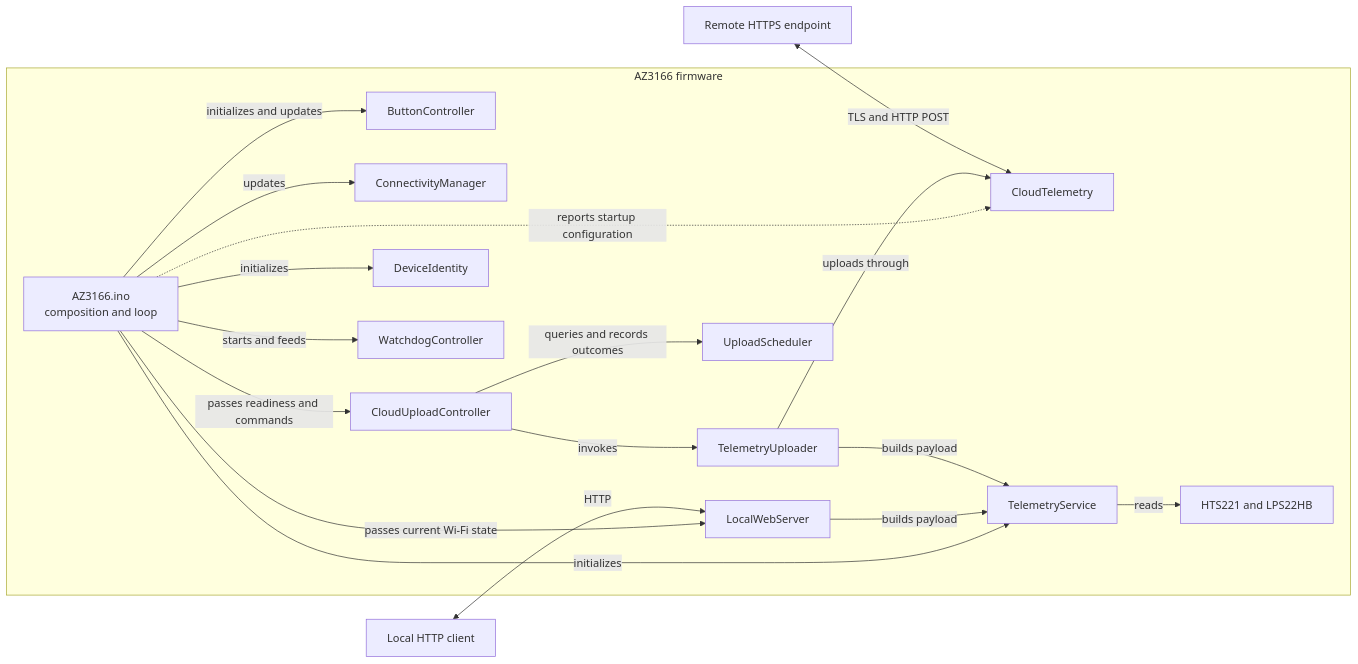
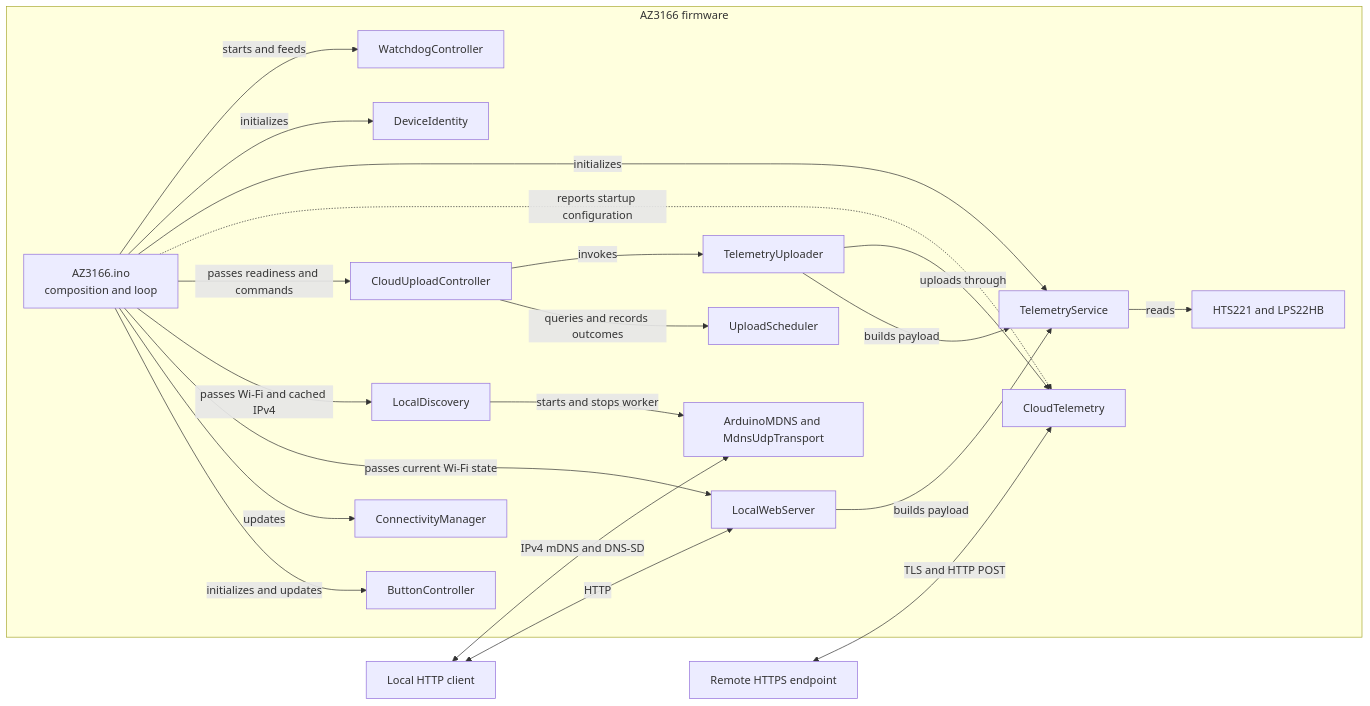
One commit to AaronWangTT/HomeTemperature changed the diagram in docs/firmware-design.md. Above: the diagram before and after it, drawn with Mermaid. The commit also changed other lines of this file and 25 other files, not shown here.

First line of the commit message:
Add local mDNS discovery for AZ3166 (#20)

````diff
--- a/docs/firmware-design.md
+++ b/docs/firmware-design.md
@@ -29,35 +30,40 @@
 ```mermaid
 flowchart LR
     subgraph AZ3166[AZ3166 firmware]
         Main[AZ3166.ino<br/>composition and loop]
         Buttons[ButtonController]
         Connectivity[ConnectivityManager]
         Local[LocalWebServer]
+        Discovery[LocalDiscovery]
+        Mdns[ArduinoMDNS and MdnsUdpTransport]
         Controller[CloudUploadController]
         Scheduler[UploadScheduler]
         Uploader[TelemetryUploader]
         Cloud[CloudTelemetry]
         Telemetry[TelemetryService]
         Identity[DeviceIdentity]
         Watchdog[WatchdogController]
         Sensors[HTS221 and LPS22HB]
 
         Main -->|initializes and updates| Buttons
         Main -->|updates| Connectivity
         Main -->|passes current Wi-Fi state| Local
+        Main -->|passes Wi-Fi and cached IPv4| Discovery
+        Discovery -->|starts and stops worker| Mdns
         Main -->|passes readiness and commands| Controller
         Main -.->|reports startup configuration| Cloud
         Main -->|initializes| Telemetry
         Main -->|initializes| Identity
         Main -->|starts and feeds| Watchdog
         Controller -->|queries and records outcomes| Scheduler
         Controller -->|invokes| Uploader
         Local -->|builds payload| Telemetry
         Uploader -->|builds payload| Telemetry
         Uploader -->|uploads through| Cloud
         Telemetry -->|reads| Sensors
     end
 
     LocalClient[Local HTTP client] <-->|HTTP| Local
+    LocalClient <-->|IPv4 mDNS and DNS-SD| Mdns
     CloudEndpoint[Remote HTTPS endpoint] <-->|TLS and HTTP POST| Cloud
 ```
````
